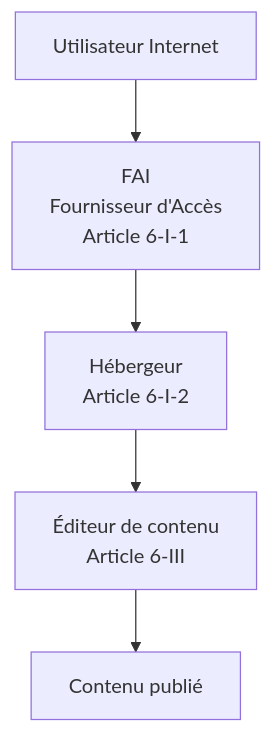
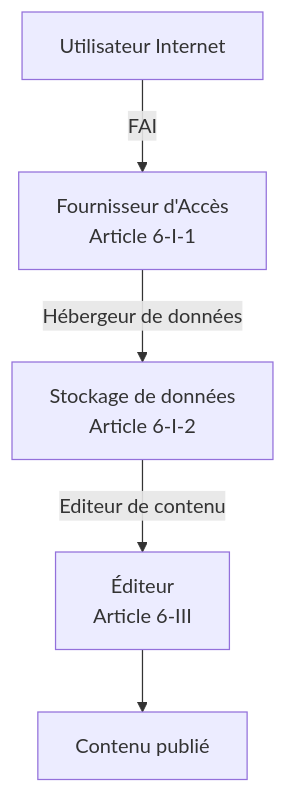
Before and after one commit to zyrass/omnydocs: the second of 7 diagrams in docs/cursus-forensic/01-cycle-0-fondations/module-1-legislation/05-lcen-2004.md, drawn with Mermaid. The commit also changed other lines of this file and 171 other files, not shown here.

````diff
--- a/docs/cursus-forensic/01-cycle-0-fondations/module-1-legislation/05-lcen-2004.md
+++ b/docs/cursus-forensic/01-cycle-0-fondations/module-1-legislation/05-lcen-2004.md
@@ -90,7 +98,7 @@
 ```mermaid
 flowchart TB
-    A[Utilisateur Internet] --> B[FAI<br>Fournisseur d'Accès<br>Article 6-I-1]
-    B --> C[Hébergeur<br>Article 6-I-2]
-    C --> D[Éditeur de contenu<br>Article 6-III]
-    D --> E[Contenu publié]
+    A["Utilisateur Internet"] --> |FAI| B["Fournisseur d'Accès<br>Article 6-I-1"]
+    B --> |Hébergeur de données| C["Stockage de données<br>Article 6-I-2"]
+    C --> |Editeur de contenu| D["Éditeur<br>Article 6-III"]
+    D --> E["Contenu publié"]
 ```
````
